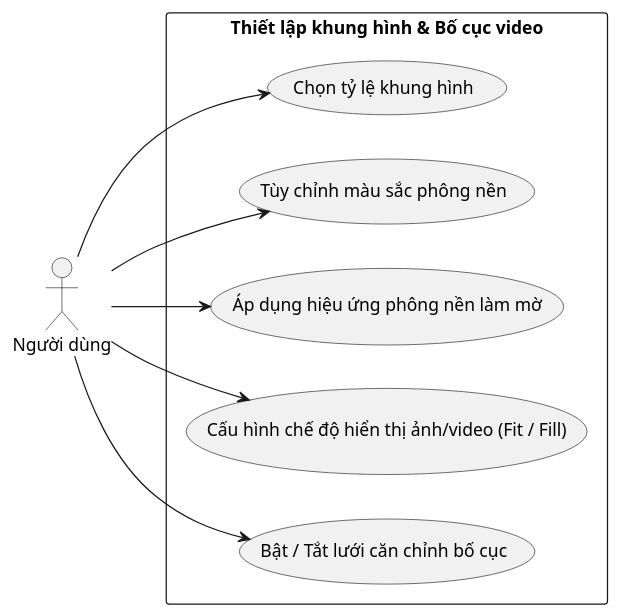
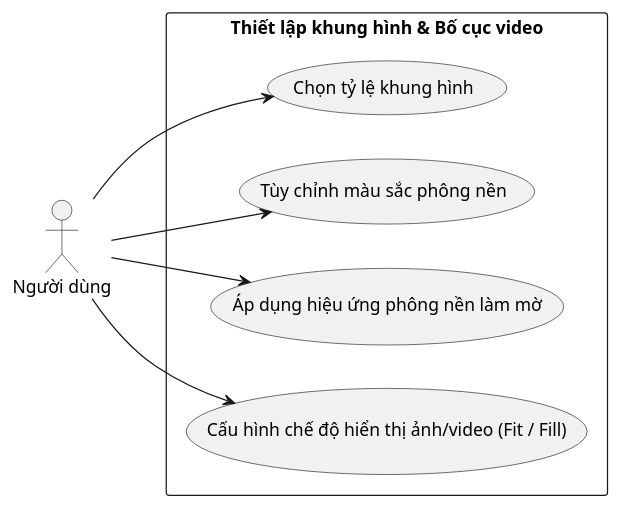
The diagram in docs/bieu-do-uc/bieu-do-uc-chi-tiet/make/dung-va-xuat-video/thiet-lap-khung-hinh-va-bo-cuc-video.puml (202416852-anhpv/story2video-docs), drawn with PlantUML before and after one commit.

```diff
--- a/docs/bieu-do-uc/bieu-do-uc-chi-tiet/make/dung-va-xuat-video/thiet-lap-khung-hinh-va-bo-cuc-video.puml
+++ b/docs/bieu-do-uc/bieu-do-uc-chi-tiet/make/dung-va-xuat-video/thiet-lap-khung-hinh-va-bo-cuc-video.puml
@@ -1,20 +1,18 @@
 @startuml thiet-lap-khung-hinh-va-bo-cuc-video
 left to right direction
 
 actor "Người dùng" as User
 
 rectangle "Thiết lập khung hình & Bố cục video" {
     usecase "Chọn tỷ lệ khung hình" as UC_01
     usecase "Tùy chỉnh màu sắc phông nền" as UC_02
     usecase "Áp dụng hiệu ứng phông nền làm mờ" as UC_03
     usecase "Cấu hình chế độ hiển thị ảnh/video (Fit / Fill)" as UC_04
-    usecase "Bật / Tắt lưới căn chỉnh bố cục" as UC_05
 }
 
 User --> UC_01
 User --> UC_02
 User --> UC_03
 User --> UC_04
-User --> UC_05
 
 @enduml
```
